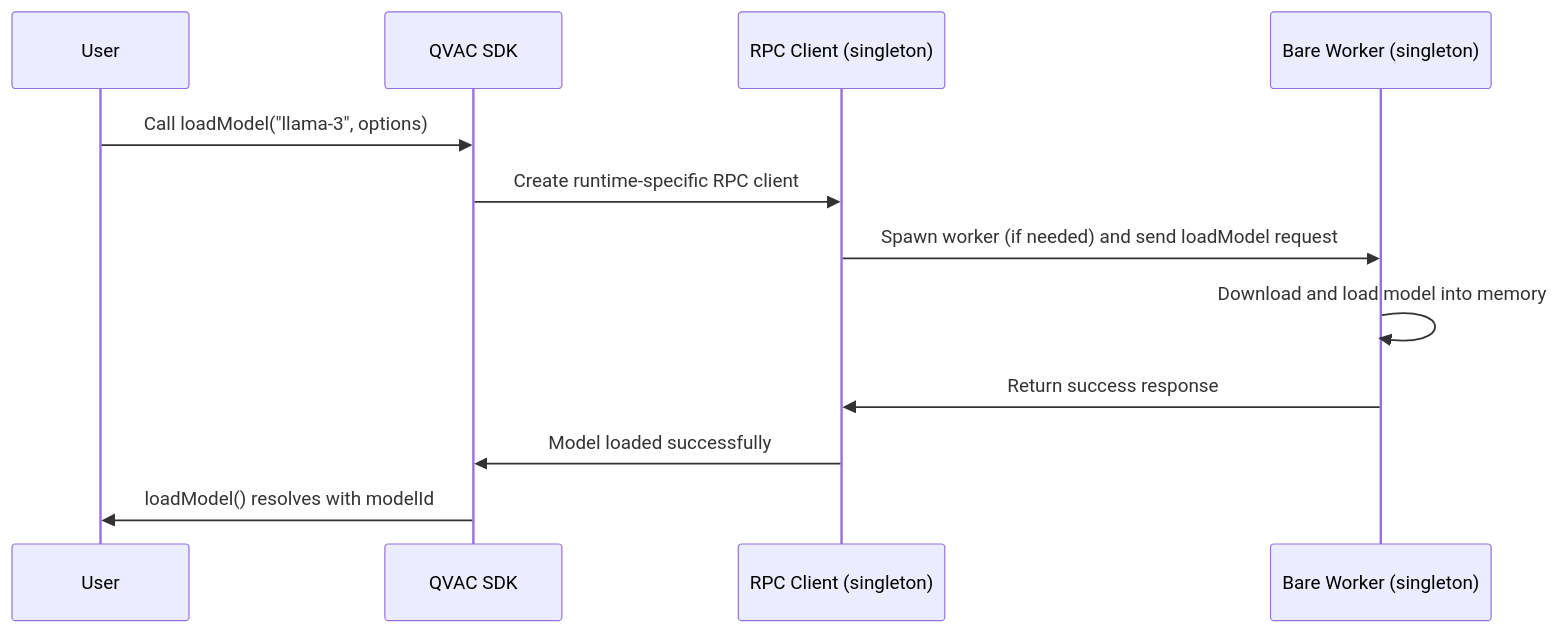
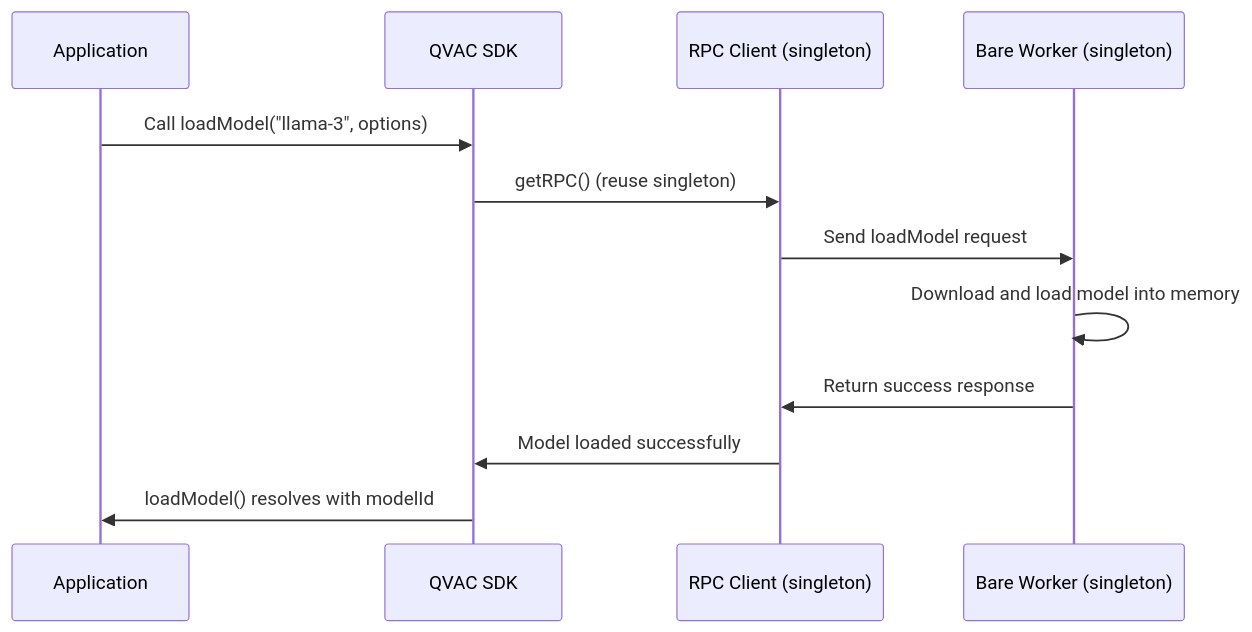
Before and after one commit to tetherto/qvac: the second of 4 diagrams in packages/qvac-docs/content/docs/sdk/how-it-works.mdx, drawn with Mermaid. The commit also changed other lines of this file and 127 other files, not shown here.

````diff
--- a/packages/qvac-docs/content/docs/sdk/how-it-works.mdx
+++ b/packages/qvac-docs/content/docs/sdk/how-it-works.mdx
@@ -12,15 +31,15 @@
 ```mermaid
 sequenceDiagram
-    participant User as User
+    participant App as Application
     participant SDK as QVAC SDK
     participant RPC as RPC Client (singleton)
     participant Worker as Bare Worker (singleton)
 
-    User->>SDK: Call loadModel("llama-3", options)
-    SDK->>RPC: Create runtime-specific RPC client
-    RPC->>Worker: Spawn worker (if needed) and send loadModel request
+    App->>SDK: Call loadModel("llama-3", options)
+    SDK->>RPC: getRPC() (reuse singleton)
+    RPC->>Worker: Send loadModel request
     Worker->>Worker: Download and load model into memory
     Worker->>RPC: Return success response
     RPC->>SDK: Model loaded successfully
-    SDK->>User: loadModel() resolves with modelId
+    SDK->>App: loadModel() resolves with modelId
 ```
````
